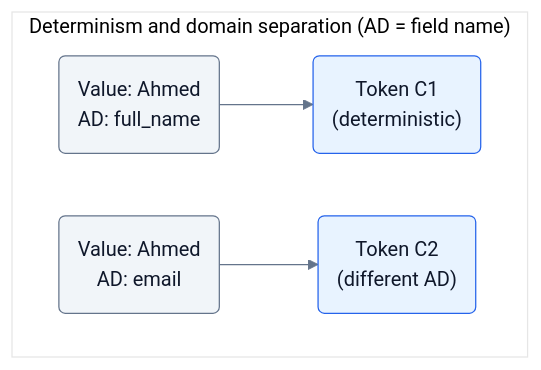
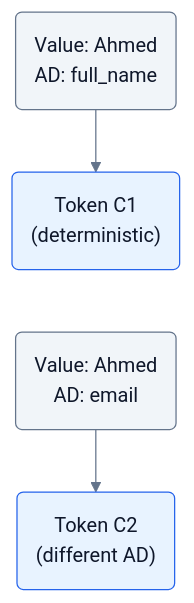
The second of 5 diagrams in README.md (kkirko/PII-Masking-Service), drawn with Mermaid before and after one commit. The commit also changed other lines of this file and 1 other file, not shown here.

Commit message:
Docs: fix AD underscore in KaTeX and prevent Mermaid title overlap

````diff
--- a/README.md
+++ b/README.md
@@ -93,11 +95,11 @@
 ```mermaid
 %%{init: {"theme":"base","themeVariables":{"fontFamily":"ui-sans-serif, system-ui, -apple-system, Segoe UI, Roboto, Arial","primaryTextColor":"#0f172a","lineColor":"#64748b","primaryColor":"#ffffff","secondaryColor":"#f1f5f9"}}}%%
 flowchart TB
   classDef src fill:#f1f5f9,stroke:#64748b,stroke-width:1px,color:#0f172a;
   classDef tok fill:#e8f3ff,stroke:#2563eb,stroke-width:1px,color:#0f172a;
-  subgraph DS["Determinism and domain separation (AD = field name)"]
-    direction LR
-    A("Value: Ahmed<br/>AD: full_name"):::src --> B("Token C1<br/>(deterministic)"):::tok
-    C("Value: Ahmed<br/>AD: email"):::src --> D("Token C2<br/>(different AD)"):::tok
-  end
+  A("Value: Ahmed<br/>AD: full_name"):::src --> B("Token C1<br/>(deterministic)"):::tok
+  C("Value: Ahmed<br/>AD: email"):::src --> D("Token C2<br/>(different AD)"):::tok
+  B --> C
+
+  linkStyle 2 stroke:transparent,fill:transparent,opacity:0;
 ```
````
